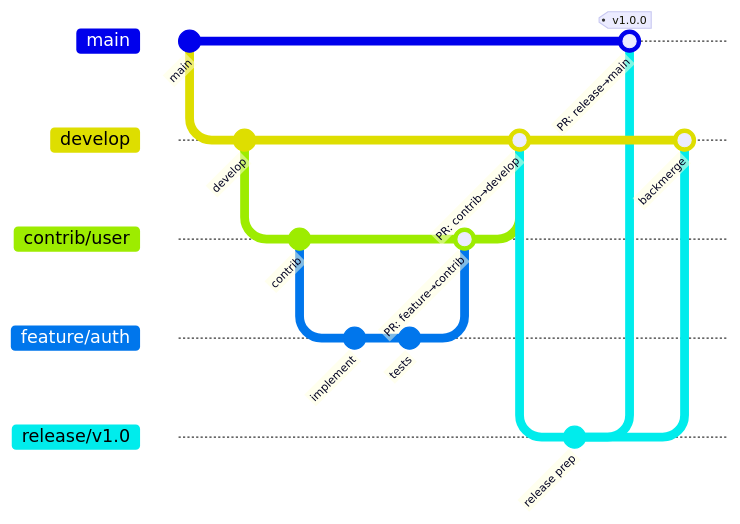
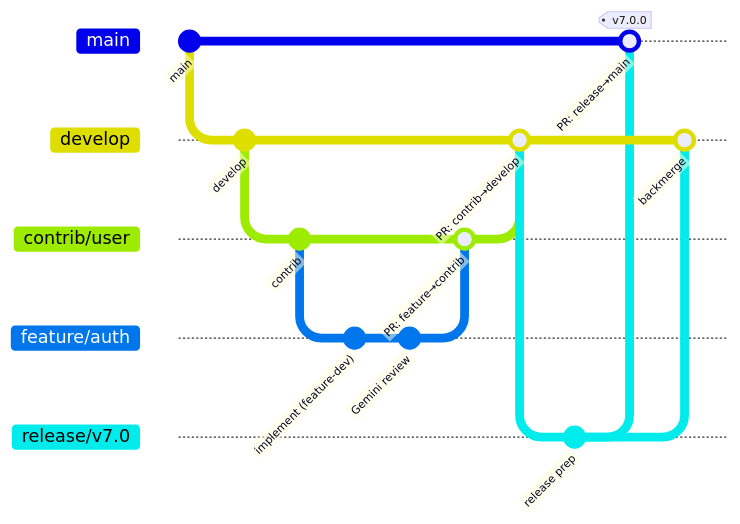
The second of 4 diagrams in docs/reference/workflow-diagram.md (stharrold/stharrold-templates), drawn with Mermaid before and after one commit. The commit also changed other lines of this file and 11 other files, not shown here.

````diff
--- a/docs/reference/workflow-diagram.md
+++ b/docs/reference/workflow-diagram.md
@@ -32,21 +30,21 @@
 ```mermaid
 gitGraph
     commit id: "main"
     branch develop
     commit id: "develop"
     branch contrib/user
     commit id: "contrib"
     branch feature/auth
-    commit id: "implement"
-    commit id: "tests"
+    commit id: "implement (feature-dev)"
+    commit id: "Gemini review"
     checkout contrib/user
     merge feature/auth id: "PR: feature→contrib"
     checkout develop
     merge contrib/user id: "PR: contrib→develop"
-    branch release/v1.0
+    branch release/v7.0
     commit id: "release prep"
     checkout main
-    merge release/v1.0 id: "PR: release→main" tag: "v1.0.0"
+    merge release/v7.0 id: "PR: release→main" tag: "v7.0.0"
     checkout develop
-    merge release/v1.0 id: "backmerge"
+    merge release/v7.0 id: "backmerge"
 ```
````
